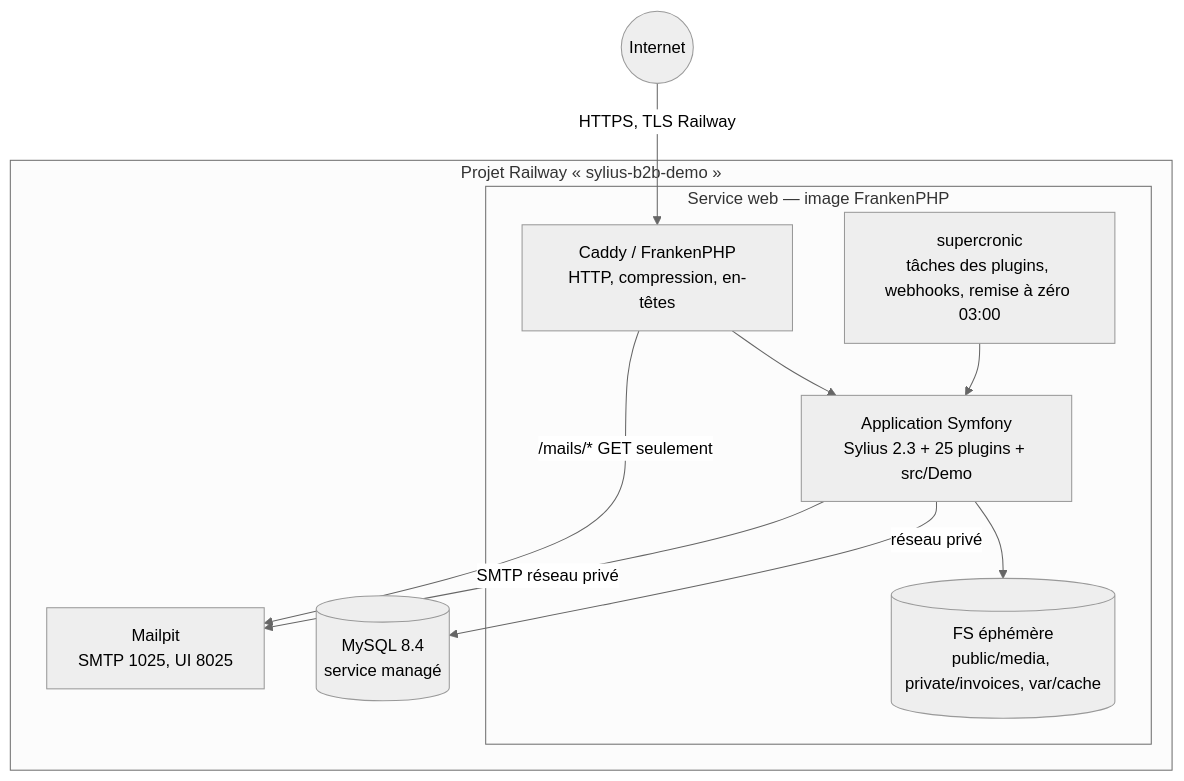
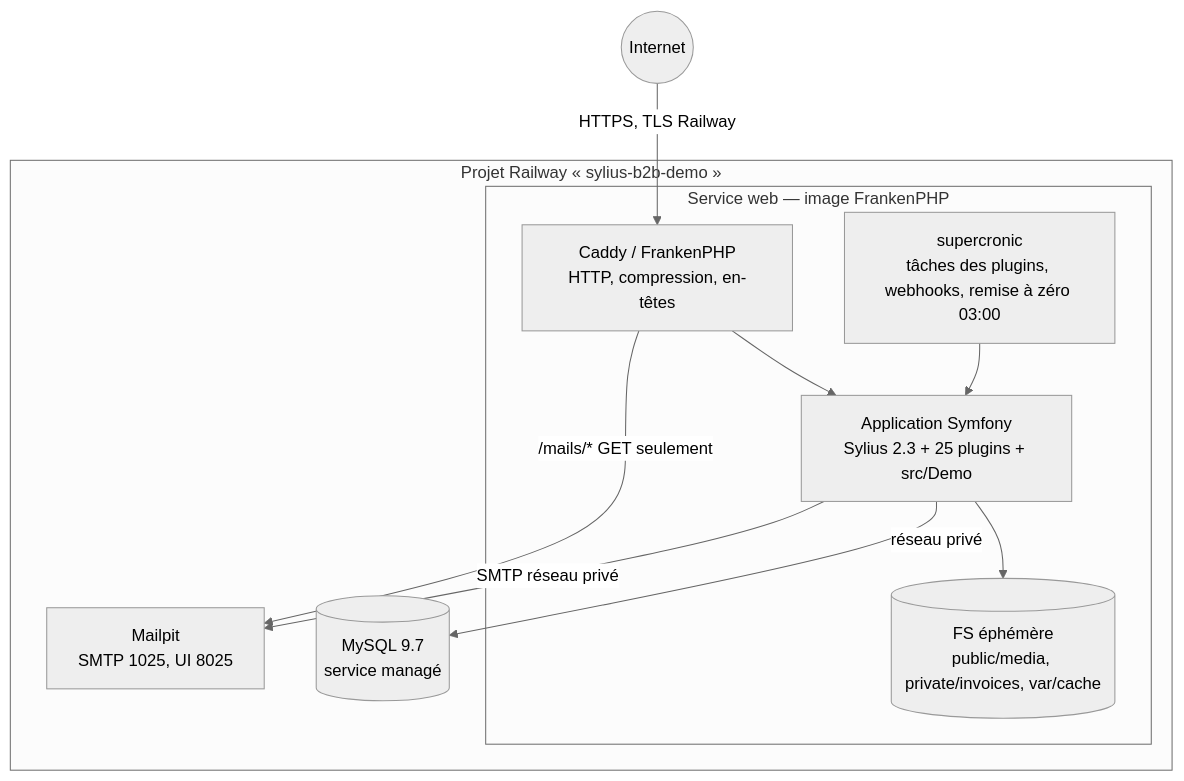
The diagram in project-management/architecture/c4-container.md (thibmonier/sylius-b2b-demo), drawn with Mermaid (neutral theme) before and after one commit. The commit also changed other lines of this file and 10 other files, not shown here.

````diff
--- a/project-management/architecture/c4-container.md
+++ b/project-management/architecture/c4-container.md
@@ -3,20 +3,20 @@
 ```mermaid
 flowchart TB
     subgraph railway[Projet Railway « sylius-b2b-demo »]
         subgraph web[Service web — image FrankenPHP]
             caddy[Caddy / FrankenPHP<br/>HTTP, compression, en-têtes]
             app[Application Symfony<br/>Sylius 2.3 + 25 plugins + src/Demo]
             cron[supercronic<br/>tâches des plugins, webhooks, remise à zéro 03:00]
             fs[(FS éphémère<br/>public/media, private/invoices, var/cache)]
             caddy --> app
             cron --> app
             app --> fs
         end
-        mysql[(MySQL 8.4<br/>service managé)]
+        mysql[(MySQL 9.7<br/>service managé)]
         mailpit[Mailpit<br/>SMTP 1025, UI 8025]
         app -->|réseau privé| mysql
         app -->|SMTP réseau privé| mailpit
         caddy -->|/mails/* GET seulement| mailpit
     end
     internet((Internet)) -->|HTTPS, TLS Railway| caddy
 ```
````
